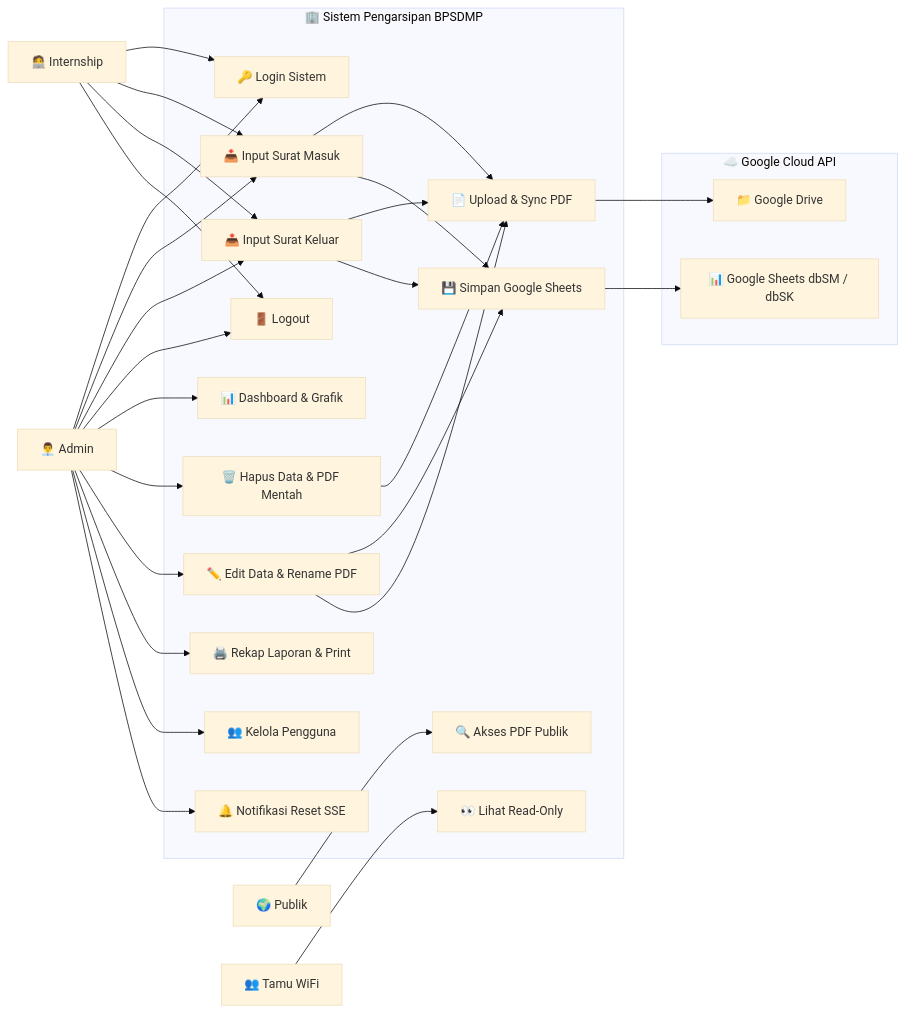
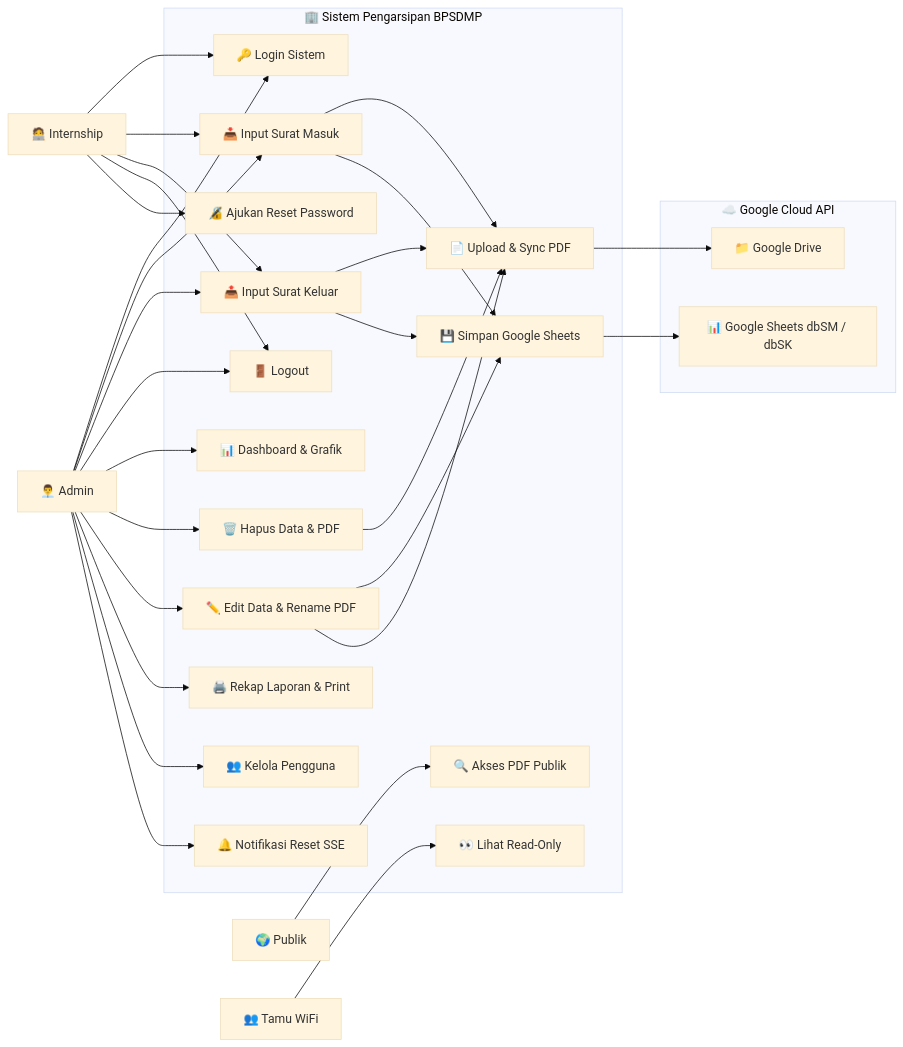
Before and after one commit to Rpl087/PROJECT-MAGANG: the first of 3 diagrams in README.md, drawn with Mermaid (base theme). The commit also changed other lines of this file and 3 other files, not shown here.

````diff
--- a/README.md
+++ b/README.md
@@ -154,58 +170,60 @@
 ```mermaid
 flowchart LR
     Admin["👨‍💼 Admin"]
     Internship["🧑‍💻 Internship"]
     Public["🌍 Publik"]
     Tamu["👥 Tamu WiFi"]
 
     subgraph System ["🏢 Sistem Pengarsipan BPSDMP"]
         UC1["🔑 Login Sistem"]
         UC2["📥 Input Surat Masuk"]
         UC3["📤 Input Surat Keluar"]
         UC4["📄 Upload & Sync PDF"]
         UC5["💾 Simpan Google Sheets"]
         UC6["🚪 Logout"]
         UC7["📊 Dashboard & Grafik"]
         UC8["🔍 Akses PDF Publik"]
-        UC9["🗑️ Hapus Data & PDF Mentah"]
+        UC9["🗑️ Hapus Data & PDF"]
         UC10["👀 Lihat Read-Only"]
         UC11["✏️ Edit Data & Rename PDF"]
         UC12["🖨️ Rekap Laporan & Print"]
         UC13["👥 Kelola Pengguna"]
         UC14["🔔 Notifikasi Reset SSE"]
+        UC15["🔏 Ajukan Reset Password"]
     end
 
     subgraph Cloud ["☁️ Google Cloud API"]
         GS["📊 Google Sheets dbSM / dbSK"]
         GD["📁 Google Drive"]
     end
 
     Admin --> UC1
     Admin --> UC2
     Admin --> UC3
     Admin --> UC6
     Admin --> UC7
     Admin --> UC9
     Admin --> UC11
     Admin --> UC12
     Admin --> UC13
     Admin --> UC14
 
     Internship --> UC1
     Internship --> UC2
     Internship --> UC3
     Internship --> UC6
+    Internship --> UC15
 
     Public --> UC8
     Tamu --> UC10
 
     UC2 --> UC4
     UC3 --> UC4
     UC2 --> UC5
     UC3 --> UC5
     UC11 --> UC5
     UC11 --> UC4
     UC9 --> UC4
     UC5 --> GS
     UC4 --> GD
 ```
````
